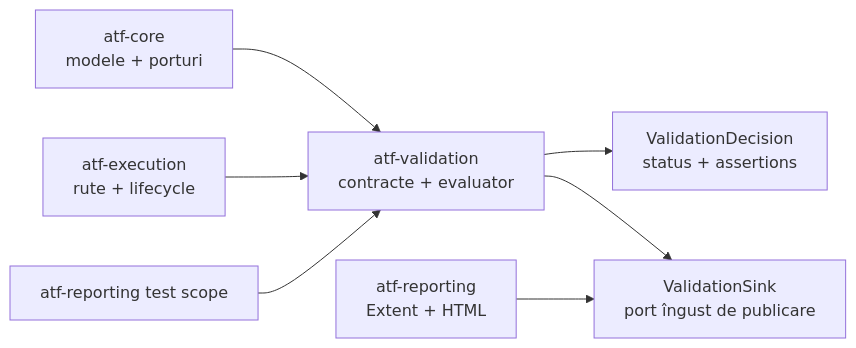
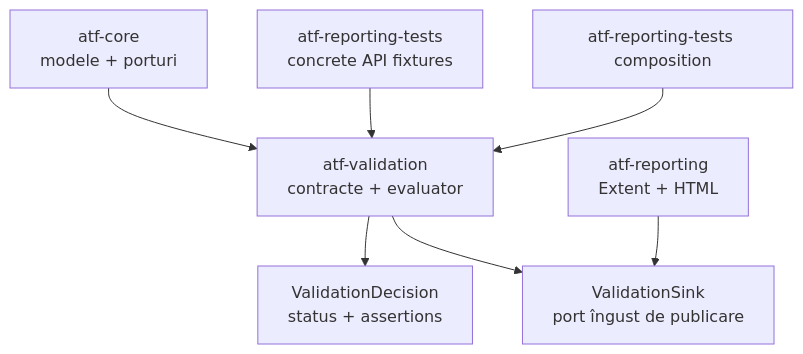
One commit to crististefanita/demo2 changed the first of 2 diagrams in atf-validation/README.md. Above: the diagram before and after it, drawn with Mermaid. The commit also changed other lines of this file and 894 other files, not shown here.

````diff
--- a/atf-validation/README.md
+++ b/atf-validation/README.md
@@ -14,9 +22,9 @@
 ```mermaid
-flowchart LR
+flowchart TB
     Core[atf-core<br/>modele + porturi] --> Validation[atf-validation<br/>contracte + evaluator]
-    Execution[atf-execution<br/>rute + lifecycle] --> Validation
-    Tests[atf-reporting test scope] --> Validation
+    ReportingTests[atf-reporting-tests<br/>concrete API fixtures] --> Validation
+    Tests[atf-reporting-tests composition] --> Validation
     Validation --> Decision[ValidationDecision<br/>status + assertions]
     Validation --> Sink[ValidationSink<br/>port îngust de publicare]
     Reporting[atf-reporting<br/>Extent + HTML] --> Sink
 ```
````
